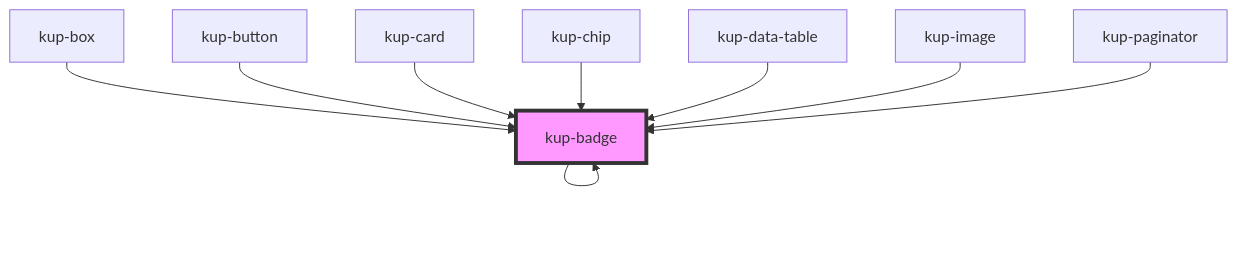
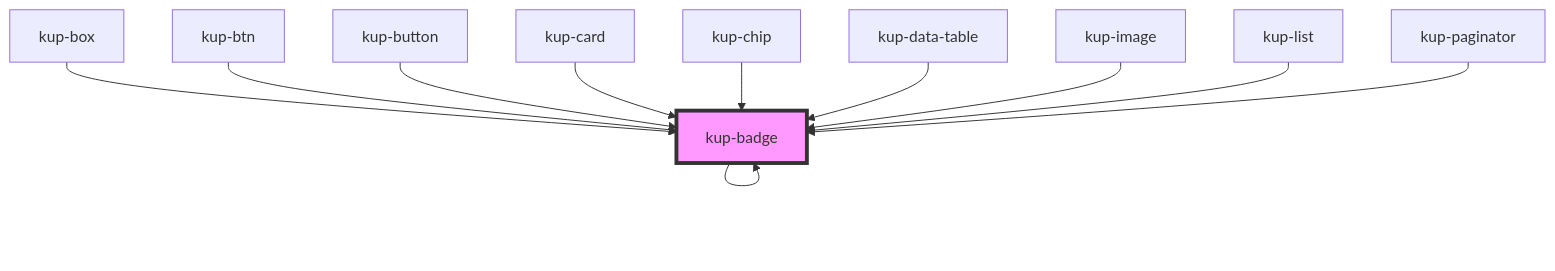
The diagram in packages/ketchup/src/components/kup-badge/readme.md (smeup/ketchup), drawn with Mermaid before and after one commit. The commit also changed other lines of this file and 40 other files, not shown here.

Commit message:
first commit, managed kup-btn

````diff
--- a/packages/ketchup/src/components/kup-badge/readme.md
+++ b/packages/ketchup/src/components/kup-badge/readme.md
@@ -63,12 +65,14 @@
 ```mermaid
 graph TD;
   kup-badge --> kup-badge
   kup-box --> kup-badge
+  kup-btn --> kup-badge
   kup-button --> kup-badge
   kup-card --> kup-badge
   kup-chip --> kup-badge
   kup-data-table --> kup-badge
   kup-image --> kup-badge
+  kup-list --> kup-badge
   kup-paginator --> kup-badge
   style kup-badge fill:#f9f,stroke:#333,stroke-width:4px
 ```
````
